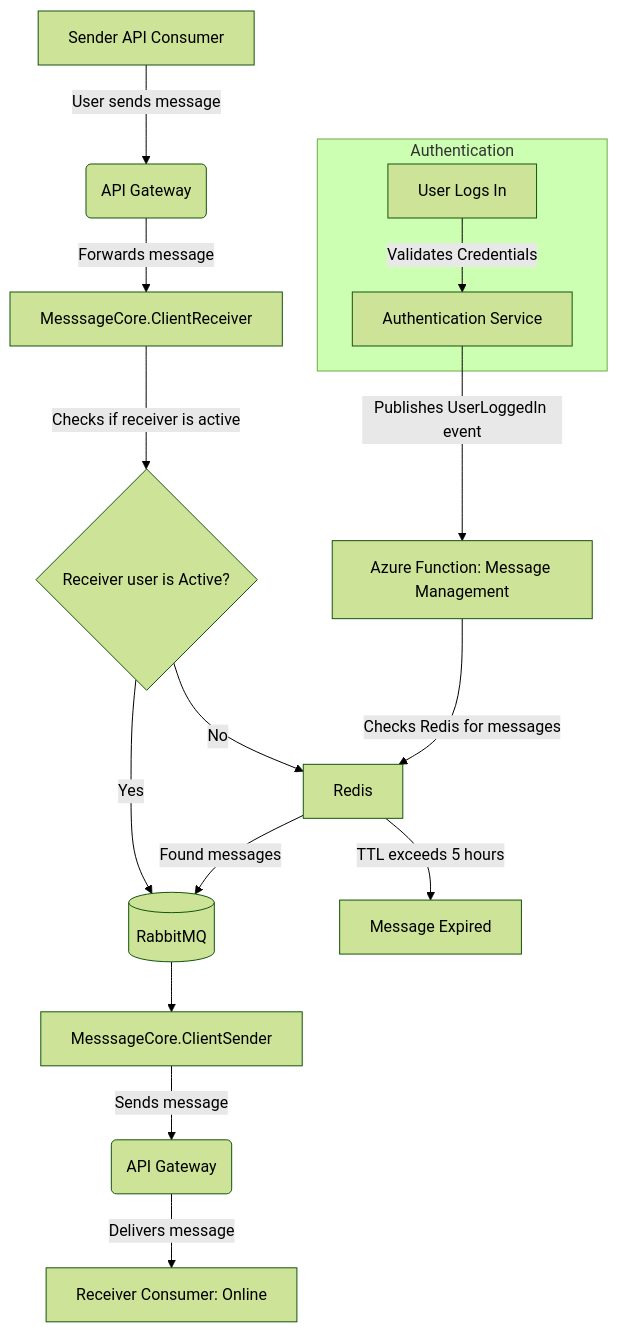
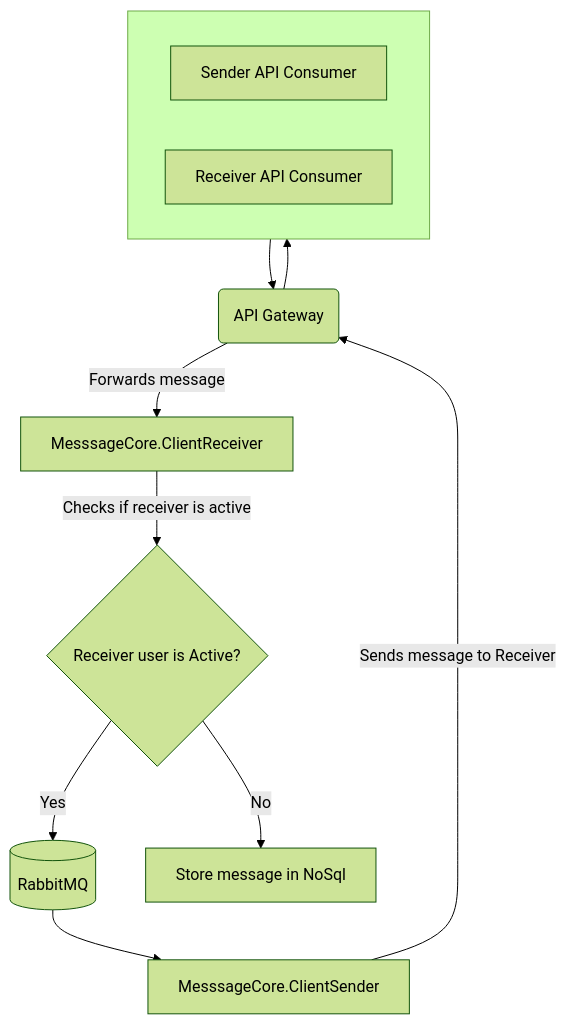
Before and after one commit to Klik-Bait/Klik-Core: the first of 3 diagrams in README.md, drawn with Mermaid (forest theme). The commit also changed other lines of this file, not shown here.

Commit message:
updated architecture

````diff
--- a/README.md
+++ b/README.md
@@ -10,22 +5,17 @@
 ```mermaid
 graph TD
-    A[Sender API Consumer] -->|User sends message| B(API Gateway)
+    subgraph Top[ ]
+        direction LR
+        A[Sender API Consumer]
+        G[Receiver API Consumer]
+    end
+    A --> B(API Gateway)
+    B --> G
     B -->|Forwards message| C[MesssageCore.ClientReceiver]
     C -->|Checks if receiver is active| X{Receiver user is Active?}
     X -->|Yes| D[(RabbitMQ)]
-    X -->|No| R[Redis]
-    R -->|TTL exceeds 5 hours| M[Message Expired]
-
-    subgraph Authentication
-        H[User Logs In] -->|Validates Credentials| AS[Authentication Service]
-    end
-
-    AS -->|Publishes UserLoggedIn event| AF[Azure Function: Message Management]
-    AF -->|Checks Redis for messages| R
-    R -->|Found messages| D
+    X -->|No| R[Store message in NoSql]
 
     D --> E[MesssageCore.ClientSender]
-    E -->|Sends message| F(API Gateway)
-    F -->|Delivers message| G[Receiver Consumer: Online]
-
+    E -->|Sends message to Receiver| B
 ```
````
